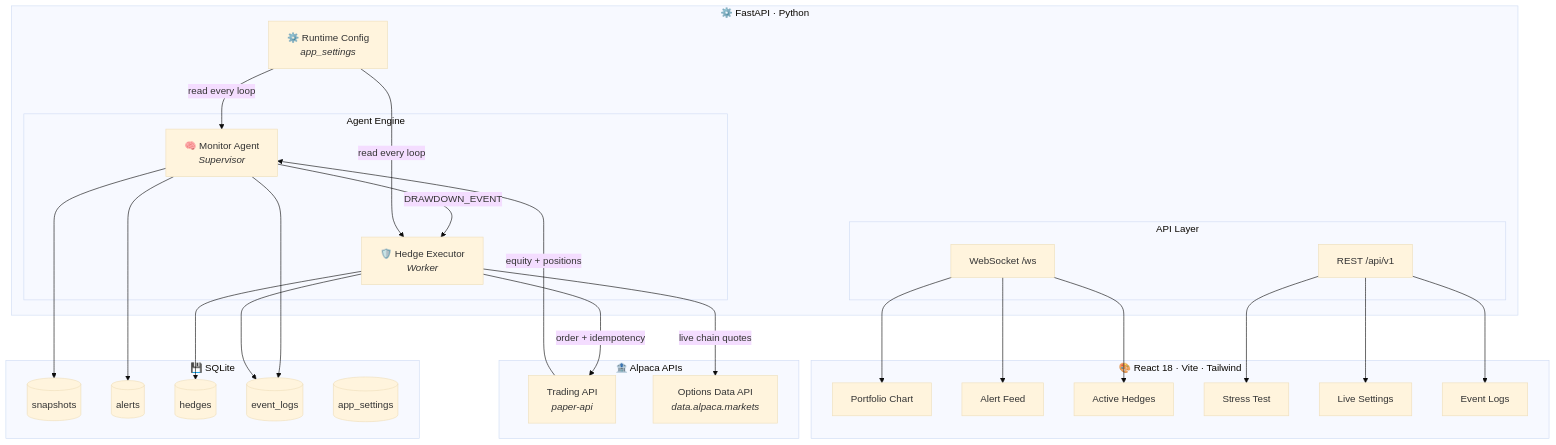
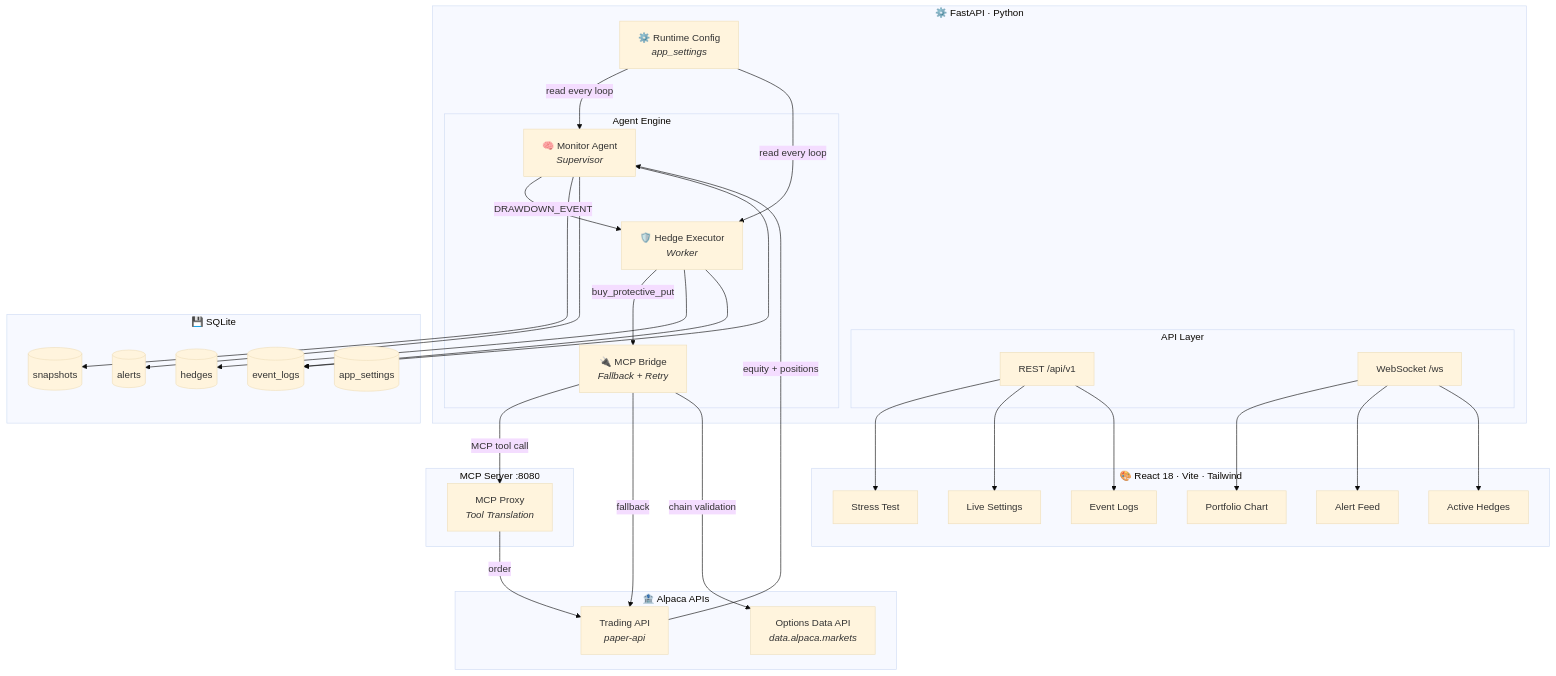
One commit to builtbyrehan/Hedgify changed the diagram in README.MD. Above: the diagram before and after it, drawn with Mermaid (base theme). The commit also changed other lines of this file, not shown here.

Commit message:
docs: update README with MCP integration - server, bridge, architecture

````diff
--- a/README.MD
+++ b/README.MD
@@ -92,48 +92,56 @@
 ```mermaid
 flowchart TB
     subgraph Frontend["🎨 React 18 · Vite · Tailwind"]
         D1[Portfolio Chart]
         D2[Alert Feed]
         D3[Active Hedges]
         D4[Stress Test]
         D5[Live Settings]
         D6[Event Logs]
     end
 
     subgraph Backend["⚙️ FastAPI · Python"]
         subgraph API["API Layer"]
             REST["REST /api/v1"]
             WS["WebSocket /ws"]
         end
         subgraph Agents["Agent Engine"]
             MON["🧠 Monitor Agent<br/><i>Supervisor</i>"]
             EXE["🛡️ Hedge Executor<br/><i>Worker</i>"]
+            BRG["🔌 MCP Bridge<br/><i>Fallback + Retry</i>"]
         end
         CFG["⚙️ Runtime Config<br/><i>app_settings</i>"]
+    end
+
+    subgraph MCP["MCP Server :8080"]
+        MCP_SRV["MCP Proxy<br/><i>Tool Translation</i>"]
     end
 
     subgraph Data["💾 SQLite"]
         DB1[(snapshots)]
         DB2[(alerts)]
         DB3[(hedges)]
         DB4[(event_logs)]
         DB5[(app_settings)]
     end
 
     subgraph Broker["🏦 Alpaca APIs"]
         ACC["Trading API<br/><i>paper-api</i>"]
         OPT["Options Data API<br/><i>data.alpaca.markets</i>"]
     end
 
     MON -->|"DRAWDOWN_EVENT"| EXE
-    EXE -->|"order + idempotency"| ACC
-    EXE -->|"live chain quotes"| OPT
+    EXE -->|"buy_protective_put"| BRG
+    BRG -->|"MCP tool call"| MCP_SRV
+    MCP_SRV -->|"order"| ACC
+    BRG -->|"fallback"| ACC
+    BRG -->|"chain validation"| OPT
     ACC -->|"equity + positions"| MON
     CFG -->|"read every loop"| MON & EXE
 
     MON --> DB1 & DB2 & DB4
     EXE --> DB3 & DB4
 
     WS --> D1 & D2 & D3
     REST --> D4 & D5 & D6
 ```
````
